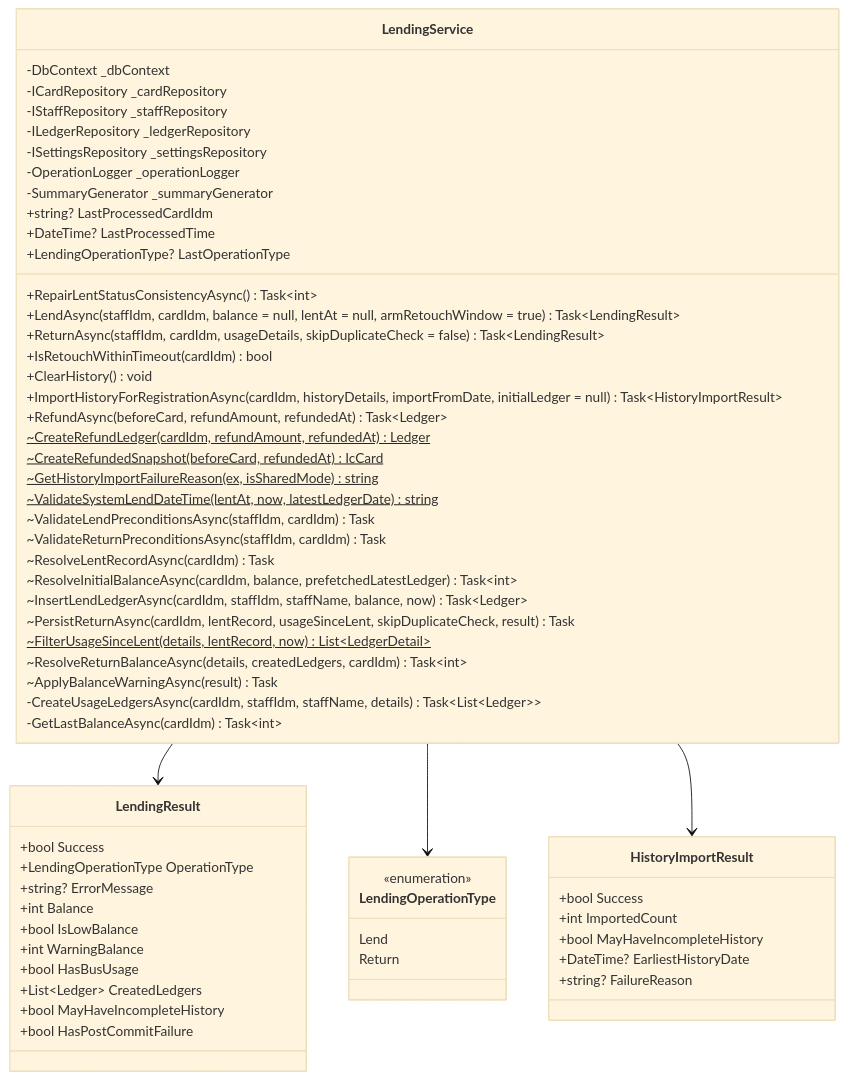
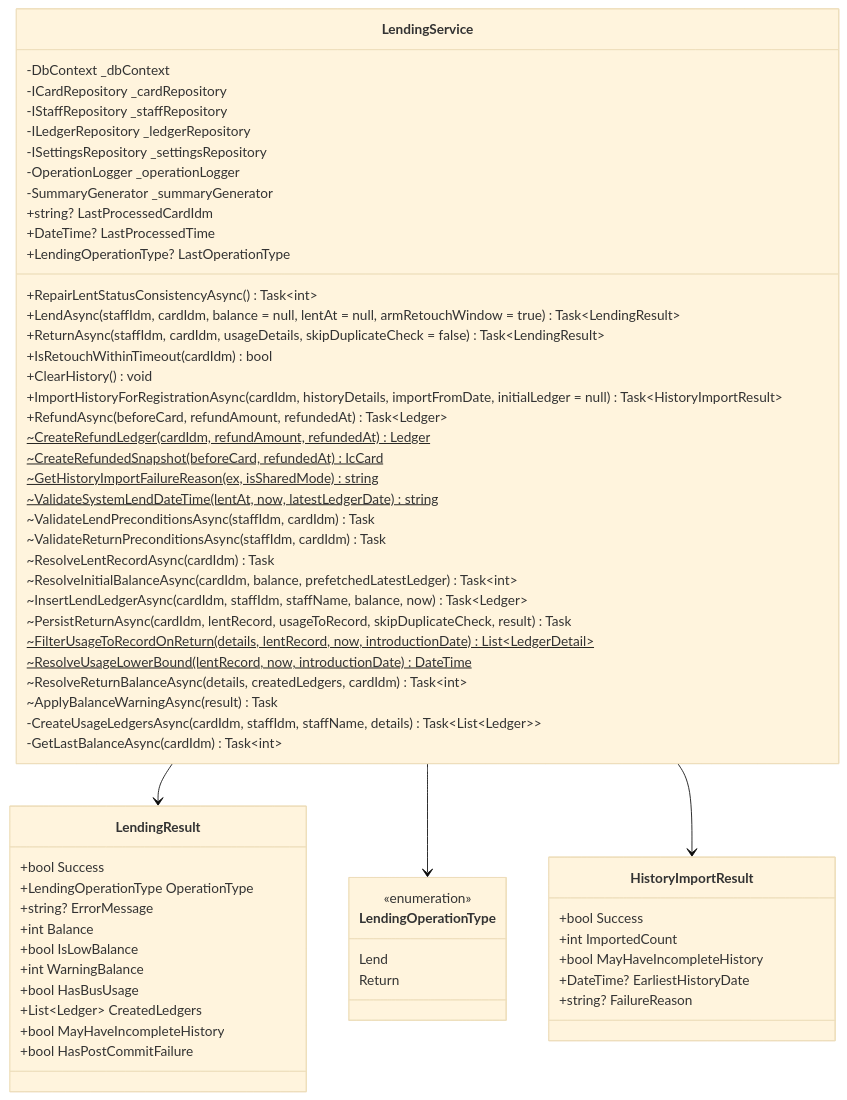
Before and after one commit to kuwayamamasayuki/ICCardManager: the fifth of 53 diagrams in ICCardManager/docs/design/05_クラス設計書.md, drawn with Mermaid (base theme). The commit also changed 10 other files, not shown here.

````diff
--- a/ICCardManager/docs/design/05_クラス設計書.md
+++ b/ICCardManager/docs/design/05_クラス設計書.md
@@ -578,68 +578,69 @@
 ```mermaid
 classDiagram
     class LendingService {
         -DbContext _dbContext
         -ICardRepository _cardRepository
         -IStaffRepository _staffRepository
         -ILedgerRepository _ledgerRepository
         -ISettingsRepository _settingsRepository
         -OperationLogger _operationLogger
         -SummaryGenerator _summaryGenerator
         +string? LastProcessedCardIdm
         +DateTime? LastProcessedTime
         +LendingOperationType? LastOperationType
         +RepairLentStatusConsistencyAsync() Task~int~
         +LendAsync(staffIdm, cardIdm, balance = null, lentAt = null, armRetouchWindow = true) Task~LendingResult~
         +ReturnAsync(staffIdm, cardIdm, usageDetails, skipDuplicateCheck = false) Task~LendingResult~
         +IsRetouchWithinTimeout(cardIdm) bool
         +ClearHistory() void
         +ImportHistoryForRegistrationAsync(cardIdm, historyDetails, importFromDate, initialLedger = null) Task~HistoryImportResult~
         +RefundAsync(beforeCard, refundAmount, refundedAt) Task~Ledger~
         ~CreateRefundLedger(cardIdm, refundAmount, refundedAt)$ Ledger
         ~CreateRefundedSnapshot(beforeCard, refundedAt)$ IcCard
         ~GetHistoryImportFailureReason(ex, isSharedMode)$ string
         ~ValidateSystemLendDateTime(lentAt, now, latestLedgerDate)$ string
         ~ValidateLendPreconditionsAsync(staffIdm, cardIdm) Task
         ~ValidateReturnPreconditionsAsync(staffIdm, cardIdm) Task
         ~ResolveLentRecordAsync(cardIdm) Task
         ~ResolveInitialBalanceAsync(cardIdm, balance, prefetchedLatestLedger) Task~int~
         ~InsertLendLedgerAsync(cardIdm, staffIdm, staffName, balance, now) Task~Ledger~
-        ~PersistReturnAsync(cardIdm, lentRecord, usageSinceLent, skipDuplicateCheck, result) Task
-        ~FilterUsageSinceLent(details, lentRecord, now)$ List~LedgerDetail~
+        ~PersistReturnAsync(cardIdm, lentRecord, usageToRecord, skipDuplicateCheck, result) Task
+        ~FilterUsageToRecordOnReturn(details, lentRecord, now, introductionDate)$ List~LedgerDetail~
+        ~ResolveUsageLowerBound(lentRecord, now, introductionDate)$ DateTime
         ~ResolveReturnBalanceAsync(details, createdLedgers, cardIdm) Task~int~
         ~ApplyBalanceWarningAsync(result) Task
         -CreateUsageLedgersAsync(cardIdm, staffIdm, staffName, details) Task~List~Ledger~~
         -GetLastBalanceAsync(cardIdm) Task~int~
     }
 
     class LendingResult {
         +bool Success
         +LendingOperationType OperationType
         +string? ErrorMessage
         +int Balance
         +bool IsLowBalance
         +int WarningBalance
         +bool HasBusUsage
         +List~Ledger~ CreatedLedgers
         +bool MayHaveIncompleteHistory
         +bool HasPostCommitFailure
     }
 
     class LendingOperationType {
         <<enumeration>>
         Lend
         Return
     }
 
     class HistoryImportResult {
         +bool Success
         +int ImportedCount
         +bool MayHaveIncompleteHistory
         +DateTime? EarliestHistoryDate
         +string? FailureReason
     }
 
     LendingService --> LendingResult
     LendingService --> LendingOperationType
     LendingService --> HistoryImportResult
 ```
````
